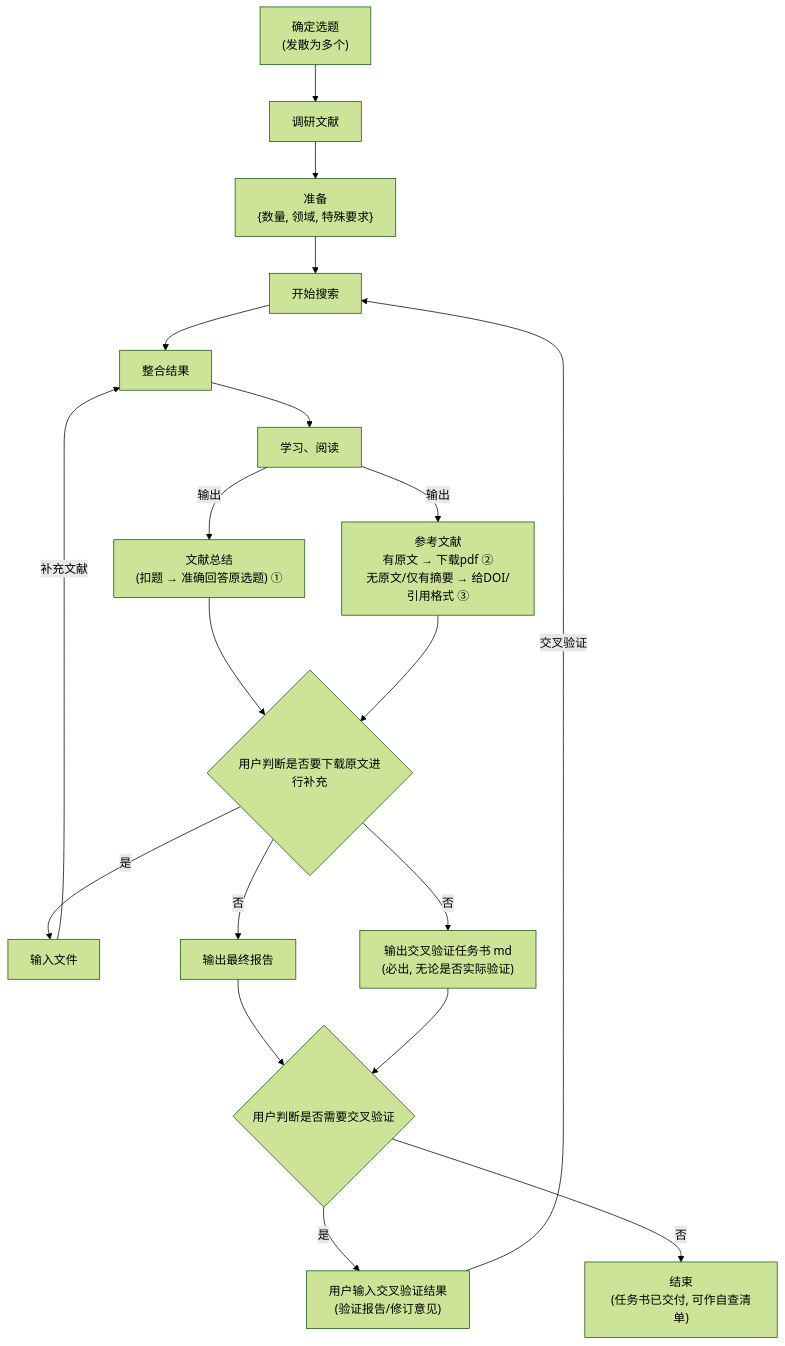
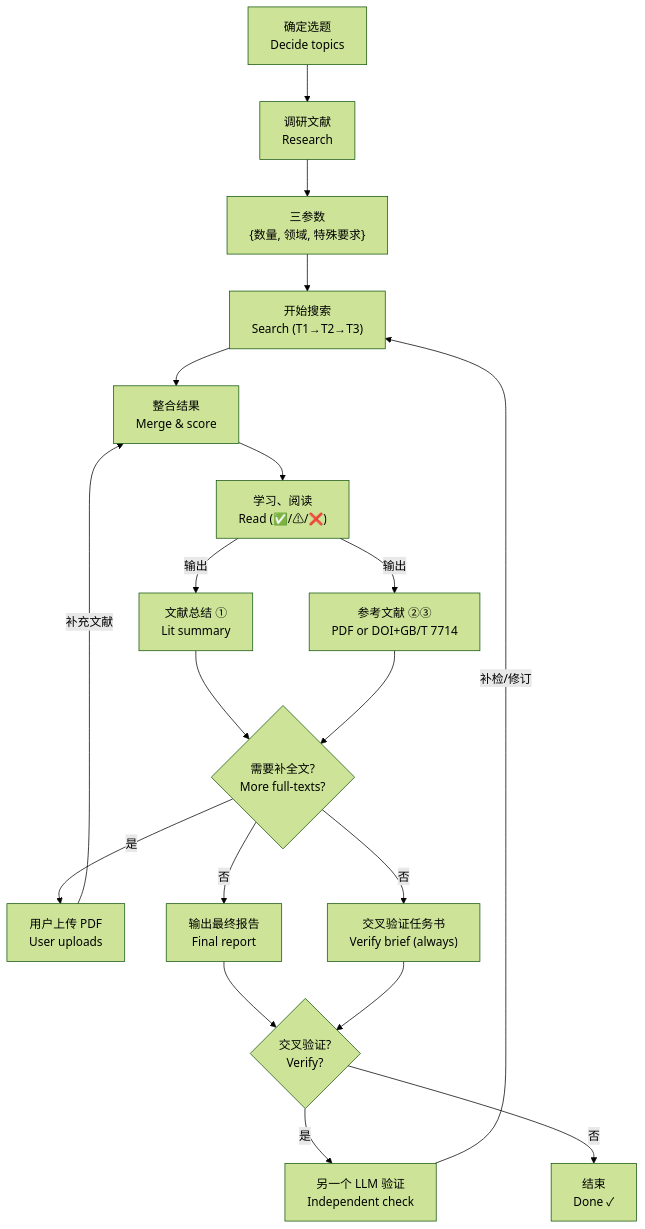
One commit to IcyCreamDAS/shidi-skill changed the diagram in README.md. Above: the diagram before and after it, drawn with Mermaid (forest theme). The commit also changed other lines of this file and 3 other files, not shown here.

````diff
--- a/README.md
+++ b/README.md
@@ -69,27 +100,27 @@
 ```mermaid
 flowchart TD
-    A["确定选题<br/>(发散为多个)"] --> B["调研文献"]
-    B --> C["准备<br/>{数量, 领域, 特殊要求}"]
-    C --> D["开始搜索"]
-    D --> H["整合结果"]
-    H --> E["学习、阅读"]
+    A["确定选题<br/>Decide topics"] --> B["调研文献<br/>Research"]
+    B --> C["三参数<br/>{数量, 领域, 特殊要求}"]
+    C --> D["开始搜索<br/>Search (T1→T2→T3)"]
+    D --> H["整合结果<br/>Merge & score"]
+    H --> E["学习、阅读<br/>Read (✅/⚠/❌)"]
 
-    E -->|输出| F["文献总结<br/>(扣题 → 准确回答原选题) ①"]
-    E -->|输出| G["参考文献<br/>有原文 → 下载pdf ②<br/>无原文/仅有摘要 → 给DOI/引用格式 ③"]
+    E -->|输出| F["文献总结 ①<br/>Lit summary"]
+    E -->|输出| G["参考文献 ②③<br/>PDF or DOI+GB/T 7714"]
 
-    F --> I{"用户判断是否要下载原文进行补充"}
+    F --> I{"需要补全文?<br/>More full-texts?"}
     G --> I
 
-    I -->|是| J["输入文件"]
+    I -->|是| J["用户上传 PDF<br/>User uploads"]
     J -->|补充文献| H
 
-    I -->|否| K["输出最终报告"]
-    I --> |否| L["输出交叉验证任务书 md<br/>(必出, 无论是否实际验证)"]
-    K --> M{"用户判断是否需要交叉验证"}
+    I -->|否| K["输出最终报告<br/>Final report"]
+    I -->|否| L["交叉验证任务书<br/>Verify brief (always)"]
+    K --> M{"交叉验证?<br/>Verify?"}
     L --> M
 
-    M -->|是| N["用户输入交叉验证结果<br/>(验证报告/修订意见)"]
-    N -->|交叉验证| D
+    M -->|是| N["另一个 LLM 验证<br/>Independent check"]
+    N -->|补检/修订| D
 
-    M -->|否| O["结束<br/>(任务书已交付, 可作自查清单)"]
+    M -->|否| O["结束<br/>Done ✓"]
 ```
````
